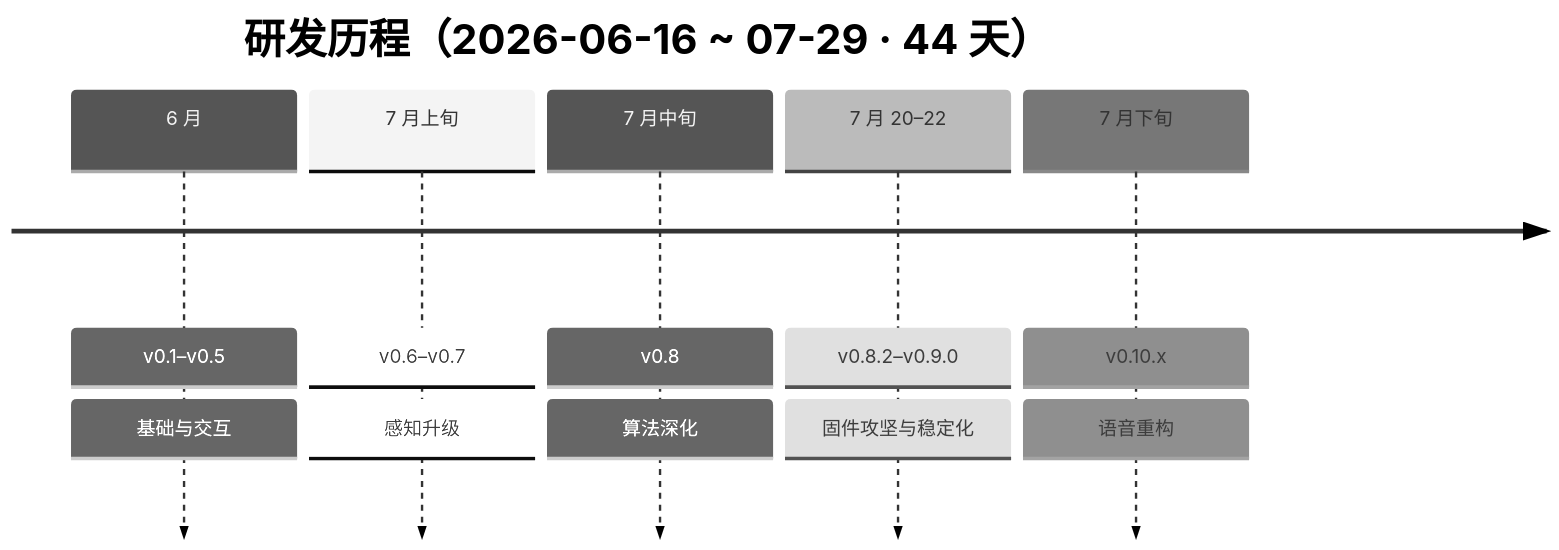
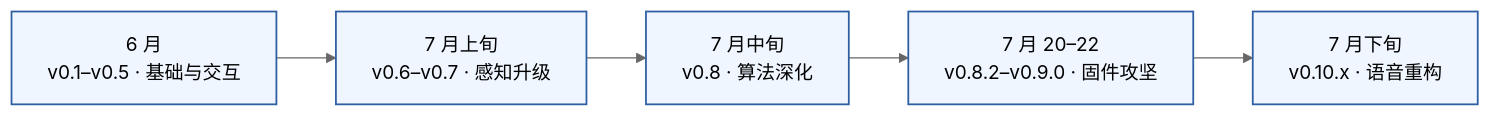
One commit to ItsTonyMei/tracked-vehicle-rdk changed the fifth of 5 diagrams in docs/PROJECT-REPORT.md. Above: the diagram before and after it, drawn with Mermaid (neutral theme).

Commit message:
docs: 研发历程图改为横向卡片式 — 消除 timeline 悬空箭头
mermaid timeline 图在事件文本下方会额外渲染带 ▼ 的悬空虚线(引擎固有行为,
无法配置), 改为 flowchart LR 横向卡片: 每阶段一个自包含节点(时期+版本+主题),
箭头仅串联卡片之间; 统一 4 字主题保持卡片等高

````diff
--- a/docs/PROJECT-REPORT.md
+++ b/docs/PROJECT-REPORT.md
@@ -297,9 +297,10 @@
 ```mermaid
-timeline
-    title 研发历程（2026-06-16 ~ 07-29 · 44 天）
-    6 月 : v0.1–v0.5 : 基础与交互
-    7 月上旬 : v0.6–v0.7 : 感知升级
-    7 月中旬 : v0.8 : 算法深化
-    7 月 20–22 : v0.8.2–v0.9.0 : 固件攻坚与稳定化
-    7 月下旬 : v0.10.x : 语音重构
+flowchart LR
+    P1["6 月<br/>v0.1–v0.5 · 基础与交互"]:::p
+    P2["7 月上旬<br/>v0.6–v0.7 · 感知升级"]:::p
+    P3["7 月中旬<br/>v0.8 · 算法深化"]:::p
+    P4["7 月 20–22<br/>v0.8.2–v0.9.0 · 固件攻坚"]:::p
+    P5["7 月下旬<br/>v0.10.x · 语音重构"]:::p
+    P1 --> P2 --> P3 --> P4 --> P5
+    classDef p fill:#f0f6ff,stroke:#2e5fa3,stroke-width:1.5px
 ```
````
